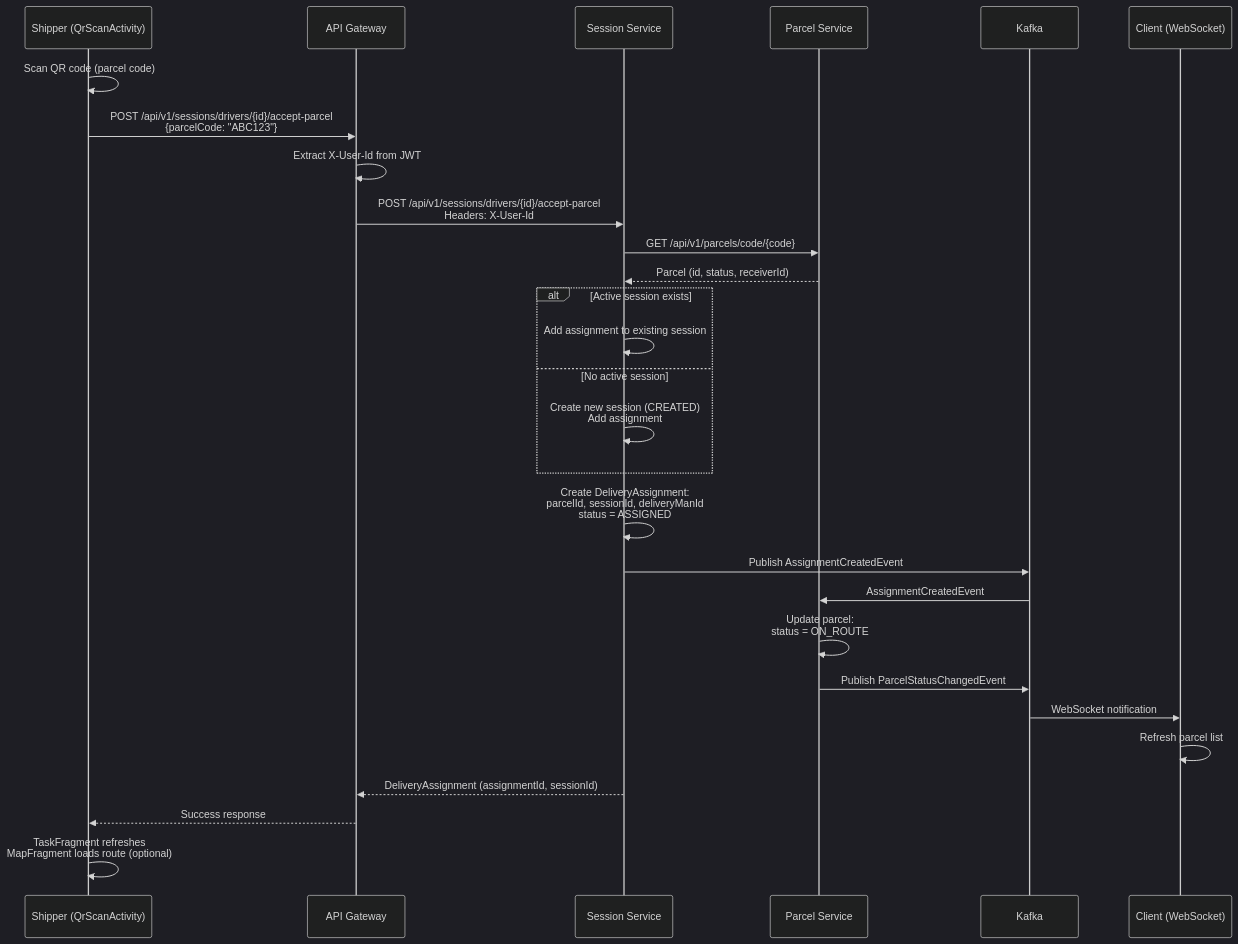
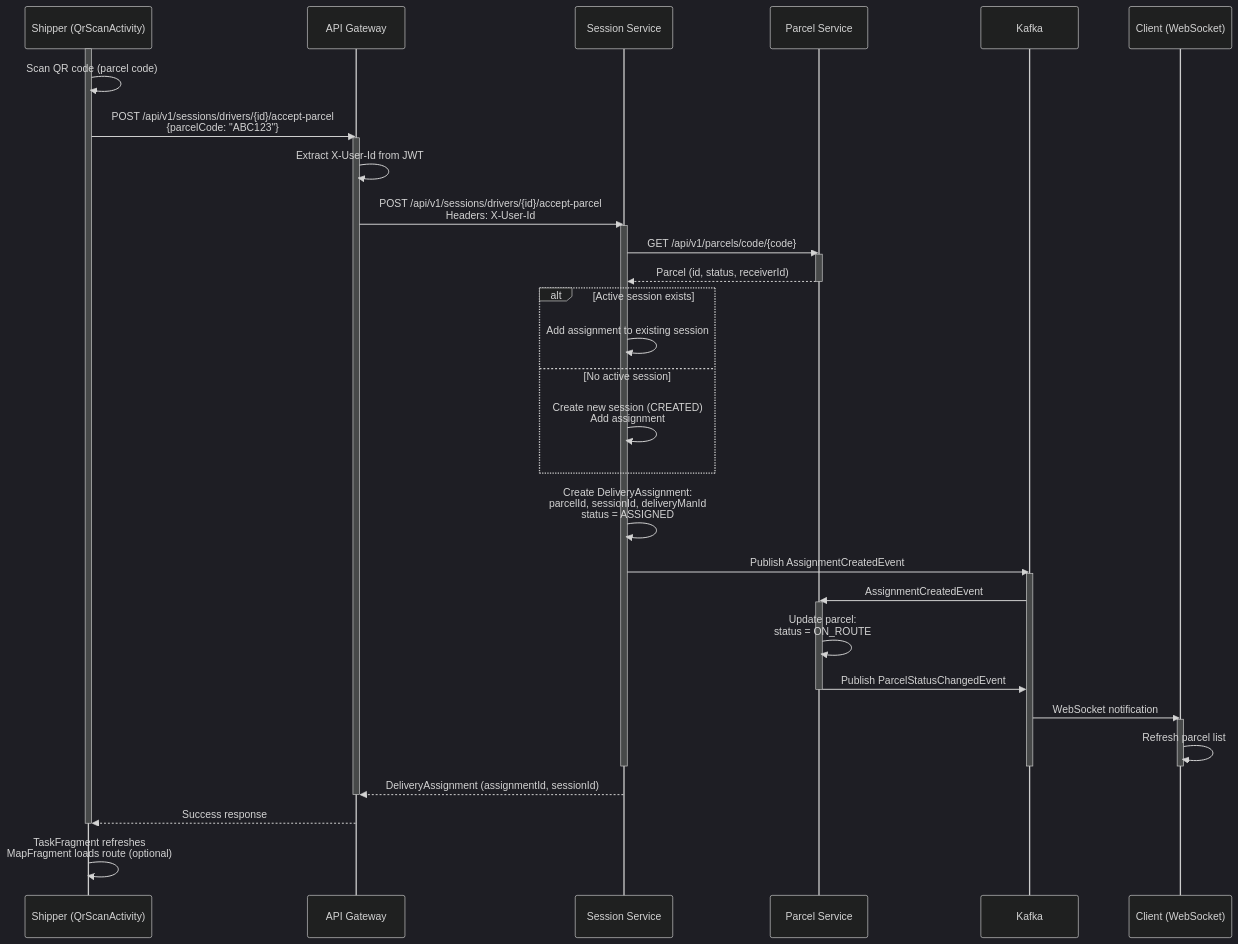
Before and after one commit to hungdev11/Delivery-Coodinating-System-And-Delivery-App: the second of 2 diagrams in reports/features/shipper/scan-accept-parcel.md, drawn with Mermaid (dark theme). The commit also changed 11 other files, not shown here.

Commit message:
add processing bar for sequence diagram

````diff
--- a/reports/features/shipper/scan-accept-parcel.md
+++ b/reports/features/shipper/scan-accept-parcel.md
@@ -31,38 +31,47 @@
 ```mermaid
 sequenceDiagram
     participant Shipper as Shipper (QrScanActivity)
     participant Gateway as API Gateway
     participant SessionSvc as Session Service
     participant ParcelSvc as Parcel Service
     participant Kafka as Kafka
     participant Client as Client (WebSocket)
     
+    activate Shipper
     Shipper->>Shipper: Scan QR code (parcel code)
     Shipper->>Gateway: POST /api/v1/sessions/drivers/{id}/accept-parcel<br/>{parcelCode: "ABC123"}
+    activate Gateway
     Gateway->>Gateway: Extract X-User-Id from JWT
     Gateway->>SessionSvc: POST /api/v1/sessions/drivers/{id}/accept-parcel<br/>Headers: X-User-Id
-    
+    activate SessionSvc
     SessionSvc->>ParcelSvc: GET /api/v1/parcels/code/{code}
+    activate ParcelSvc
     ParcelSvc-->>SessionSvc: Parcel (id, status, receiverId)
+    deactivate ParcelSvc
     
     alt Active session exists
         SessionSvc->>SessionSvc: Add assignment to existing session
     else No active session
         SessionSvc->>SessionSvc: Create new session (CREATED)<br/>Add assignment
     end
     
     SessionSvc->>SessionSvc: Create DeliveryAssignment:<br/>parcelId, sessionId, deliveryManId<br/>status = ASSIGNED
-    
     SessionSvc->>Kafka: Publish AssignmentCreatedEvent
+    activate Kafka
     Kafka->>ParcelSvc: AssignmentCreatedEvent
+    activate ParcelSvc
     ParcelSvc->>ParcelSvc: Update parcel:<br/>status = ON_ROUTE
-    
     ParcelSvc->>Kafka: Publish ParcelStatusChangedEvent
+    deactivate ParcelSvc
     Kafka->>Client: WebSocket notification
+    activate Client
     Client->>Client: Refresh parcel list
-    
+    deactivate Client
+    deactivate Kafka
+    deactivate SessionSvc
     SessionSvc-->>Gateway: DeliveryAssignment (assignmentId, sessionId)
+    deactivate Gateway
     Gateway-->>Shipper: Success response
-    
+    deactivate Shipper
     Shipper->>Shipper: TaskFragment refreshes<br/>MapFragment loads route (optional)
 ```
````
